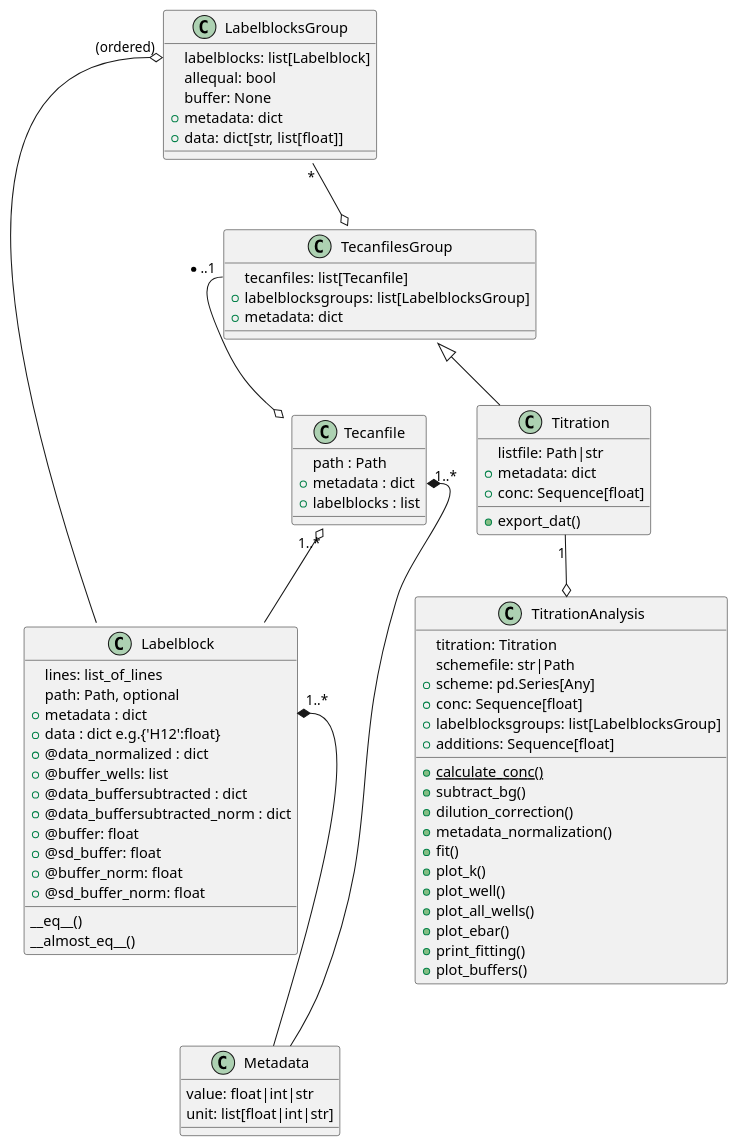
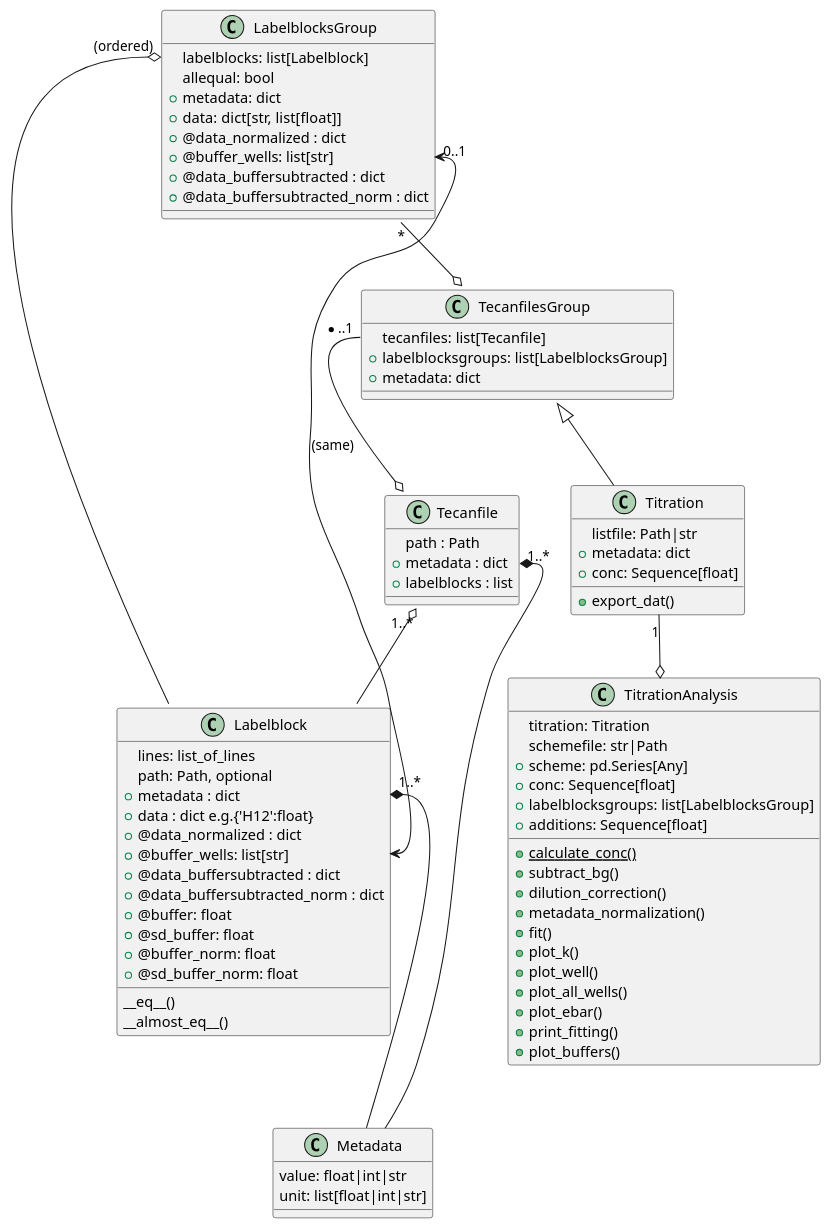
Before and after one commit to darosio/ClopHfit: the diagram in docs/api/prtecan.uml.rst, drawn with PlantUML. The commit also changed 3 other files, not shown here.

```diff
--- a/docs/api/prtecan.uml.rst
+++ b/docs/api/prtecan.uml.rst
@@ -1,12 +1,12 @@
 .. uml::
-      
+
    class Labelblock{
      lines: list_of_lines
 	 path: Path, optional
      +metadata : dict
      +data : dict e.g.{'H12':float}
      +@data_normalized : dict
-	 +@buffer_wells: list
+	 +@buffer_wells: list[str]
      +@data_buffersubtracted : dict
      +@data_buffersubtracted_norm : dict
 	 +@buffer: float
@@ -35,12 +35,16 @@
    class LabelblocksGroup{
      labelblocks: list[Labelblock]
 	 allequal: bool
-	 buffer: None
 	 +metadata: dict
 	 +data: dict[str, list[float]]
+     +@data_normalized : dict
+	 +@buffer_wells: list[str]
+     +@data_buffersubtracted : dict
+     +@data_buffersubtracted_norm : dict
    }
-   
+
    LabelblocksGroup::labelblocks "(ordered)" o-- Labelblock
+   LabelblocksGroup::buffer_wells "0..1" <--> Labelblock::buffer_wells : (same)
 
    LabelblocksGroup "*" --o TecanfilesGroup
    TecanfilesGroup <|-- Titration
```
